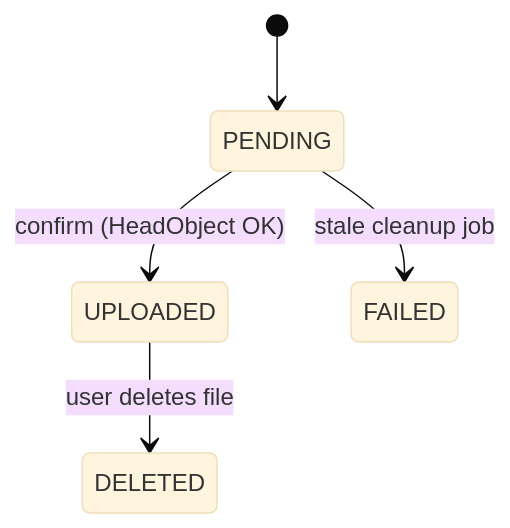
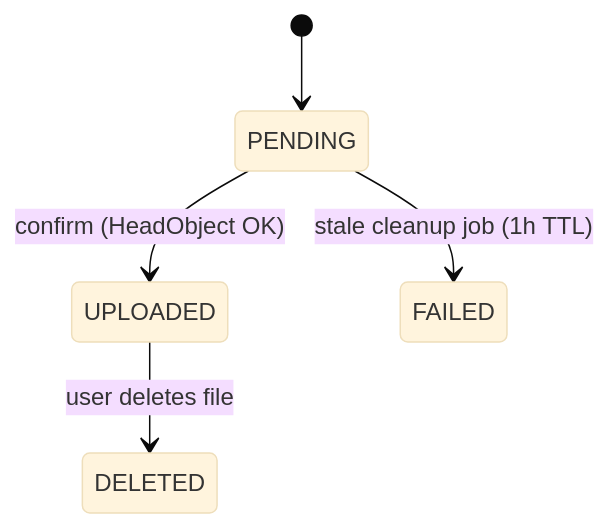
The second of 3 diagrams in DESIGN.md (dhevdotdev/pocket-drive), drawn with Mermaid (base theme) before and after one commit. The commit also changed other lines of this file and 4 other files, not shown here.

````diff
--- a/DESIGN.md
+++ b/DESIGN.md
@@ -68,7 +35,7 @@
 ```mermaid
 stateDiagram-v2
     [*] --> PENDING
     PENDING --> UPLOADED : confirm (HeadObject OK)
-    PENDING --> FAILED : stale cleanup job
+    PENDING --> FAILED : stale cleanup job (1h TTL)
     UPLOADED --> DELETED : user deletes file
 ```
````
